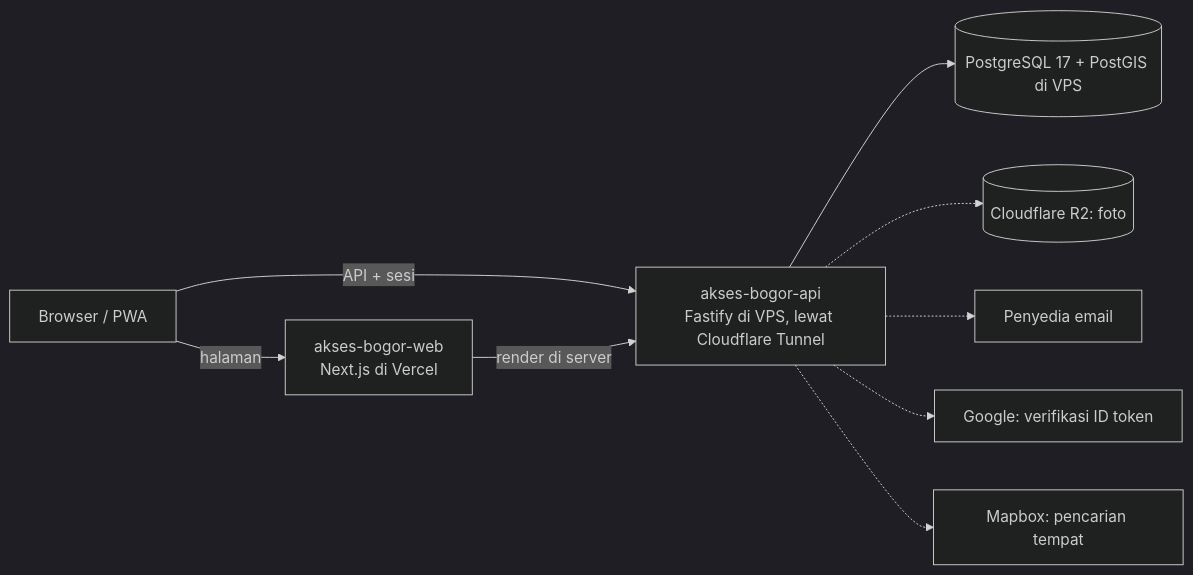
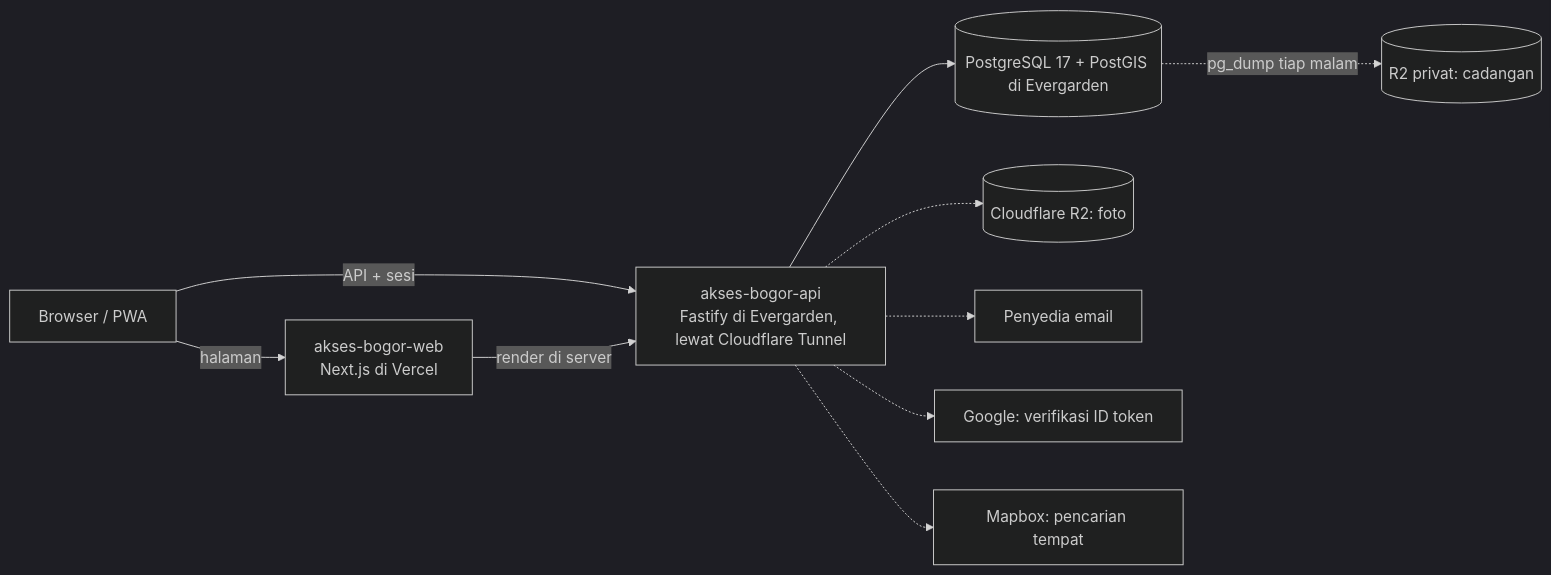
One commit to al-dioooo/akses-bogor-api changed the first of 3 diagrams in docs/arsitektur.md. Above: the diagram before and after it, drawn with Mermaid (dark theme). The commit also changed other lines of this file and 10 other files, not shown here.

First line of the commit message:
chore(deploy): run the api on evergarden with systemd, a release timer, and backups (#11) (#12)

````diff
--- a/docs/arsitektur.md
+++ b/docs/arsitektur.md
@@ -5,11 +5,12 @@
 ```mermaid
 flowchart LR
   B[Browser / PWA] -->|halaman| W[akses-bogor-web<br/>Next.js di Vercel]
-  B -->|API + sesi| F[akses-bogor-api<br/>Fastify di VPS, lewat Cloudflare Tunnel]
+  B -->|API + sesi| F[akses-bogor-api<br/>Fastify di Evergarden, lewat Cloudflare Tunnel]
   W -->|render di server| F
-  F --> DB[(PostgreSQL 17 + PostGIS di VPS)]
+  F --> DB[(PostgreSQL 17 + PostGIS di Evergarden)]
+  DB -.->|pg_dump tiap malam| BK[(R2 privat: cadangan)]
   F -.-> R2[(Cloudflare R2: foto)]
   F -.-> E[Penyedia email]
   F -.-> G[Google: verifikasi ID token]
   F -.-> M[Mapbox: pencarian tempat]
 ```
````
